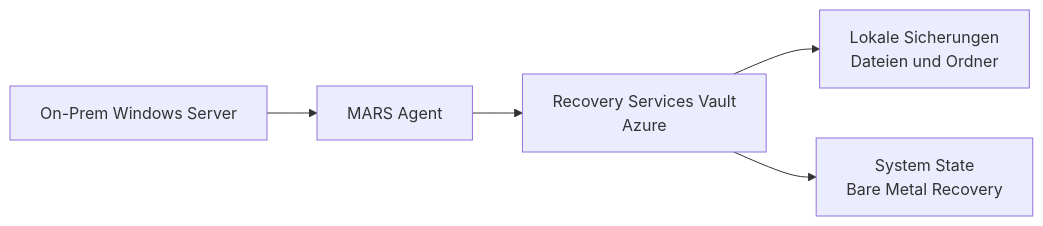
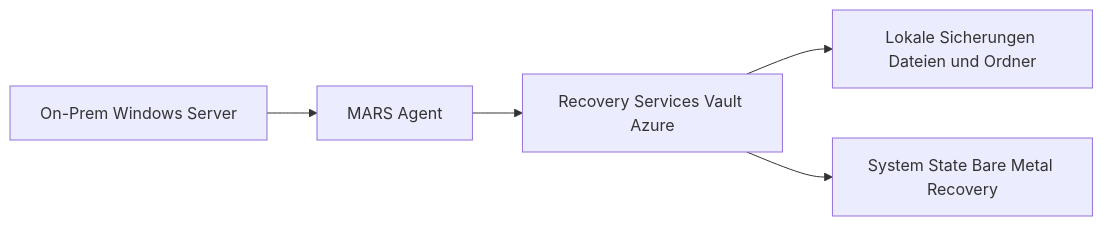
Before and after one commit to SoniiiT/notes-n-docs: the third of 5 diagrams in Microsoft 365/Azure/Monitor und Management/Azure Backup.md, drawn with Mermaid. The commit also changed other lines of this file and 124 other files, not shown here.

First line of the commit message:
fix: Entferne \n aus allen Mermaid-Diagrammen (125 Dateien)

````diff
--- a/Microsoft 365/Azure/Monitor und Management/Azure Backup.md
+++ b/Microsoft 365/Azure/Monitor und Management/Azure Backup.md
@@ -228,7 +228,7 @@
 ```mermaid
 graph LR
     A[On-Prem Windows Server] --> B[MARS Agent]
-    B --> C[Recovery Services Vault\nAzure]
-    C --> D[Lokale Sicherungen\nDateien und Ordner]
-    C --> E[System State\nBare Metal Recovery]
+    B --> C[Recovery Services Vault Azure]
+    C --> D[Lokale Sicherungen Dateien und Ordner]
+    C --> E[System State Bare Metal Recovery]
 ```
````
